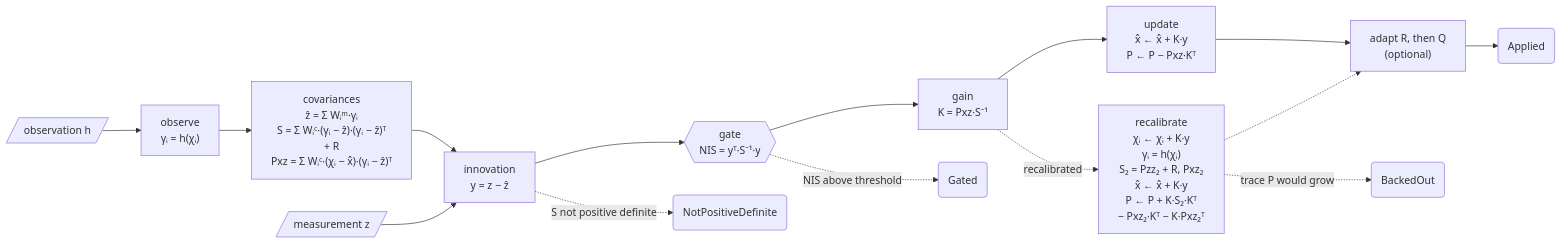
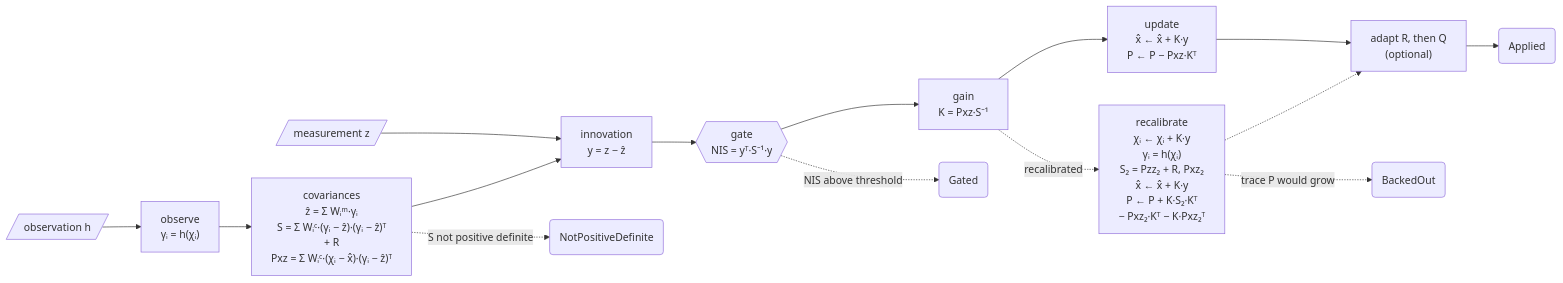
Before and after one commit to sunsided/minikalman-rs: the diagram in crates/minikalman/docs/diagrams/unscented-correct.mmd, drawn with Mermaid. The commit also changed 1 other file, not shown here.

Commit message:
Correct the sigma-point redraw and the S failure exit in the UKF diagrams
The first correction after a prediction reuses the propagated sigma
points; only a second correction redraws them, so the dotted edge from
predict was misleading. It is now a note on the observe step. S is
formed in the covariances step, so NotPositiveDefinite leaves from
there, as in the regular diagram.

```diff
--- a/crates/minikalman/docs/diagrams/unscented-correct.mmd
+++ b/crates/minikalman/docs/diagrams/unscented-correct.mmd
@@ -1,26 +1,26 @@
 flowchart LR
     %% Correction step of the unscented filter. Style: see docs/diagrams/README.md.
     %% Node IDs as in regular-correct.mmd, plus observe (callback h) and recalibrate (the
     %% recalibrated correction). χᵢ are the sigma points, γᵢ the observed sigma points.
     h[/"observation h"/]
     z[/"measurement z"/]
     observe["observe<br/>γᵢ = h(χᵢ)"]
     covariance["covariances<br/>ẑ = Σ Wᵢᵐ·γᵢ<br/>S = Σ Wᵢᶜ·(γᵢ − ẑ)·(γᵢ − ẑ)ᵀ<br/>+ R<br/>Pxz = Σ Wᵢᶜ·(χᵢ − x̂)·(γᵢ − ẑ)ᵀ"]
     innovation["innovation<br/>y = z − ẑ"]
     gate{{"gate<br/>NIS = yᵀ·S⁻¹·y"}}
     gain["gain<br/>K = Pxz·S⁻¹"]
     update["update<br/>x̂ ← x̂ + K·y<br/>P ← P − Pxz·Kᵀ"]
     recalibrate["recalibrate<br/>χᵢ ← χᵢ + K·y<br/>γᵢ = h(χᵢ)<br/>S₂ = Pzz₂ + R, Pxz₂<br/>x̂ ← x̂ + K·y<br/>P ← P + K·S₂·Kᵀ<br/>− Pxz₂·Kᵀ − K·Pxz₂ᵀ"]
     adapt["adapt R, then Q<br/>(optional)"]
     applied("Applied")
     npd("NotPositiveDefinite")
     gated("Gated")
     backed("BackedOut")
     h --> observe --> covariance --> innovation --> gate --> gain --> update --> adapt --> applied
     z --> innovation
-    innovation -.->|"S not positive definite"| npd
+    covariance -.->|"S not positive definite"| npd
     gate -.->|"NIS above threshold"| gated
     gain -.->|"recalibrated"| recalibrate
     recalibrate -.-> adapt
     recalibrate -.->|"trace P would grow"| backed
     classDef focus fill:#fbbf24,stroke:#b45309,stroke-width:3px,color:#1c1917
```
